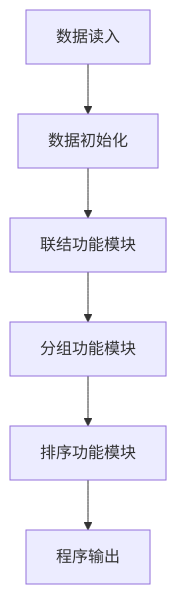
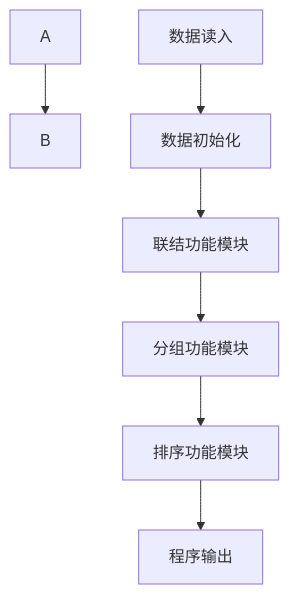
The diagram in README.md (missFuture/zte-com2020), drawn with Mermaid before and after one commit.

````diff
--- a/README.md
+++ b/README.md
@@ -27,9 +27,9 @@
 ```mermaid
 graph TD
-  
+  A-->B
   数据读入-->数据初始化
   数据初始化-->联结功能模块
   联结功能模块-->分组功能模块
   分组功能模块-->排序功能模块
   排序功能模块-->程序输出
 ```
````
